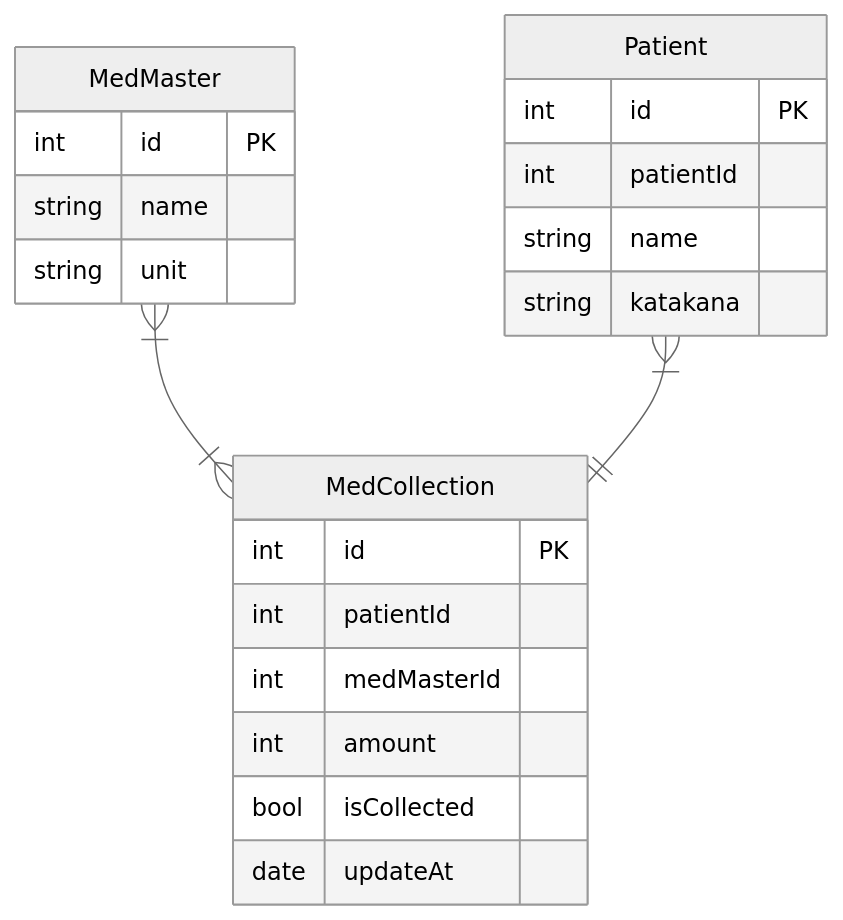
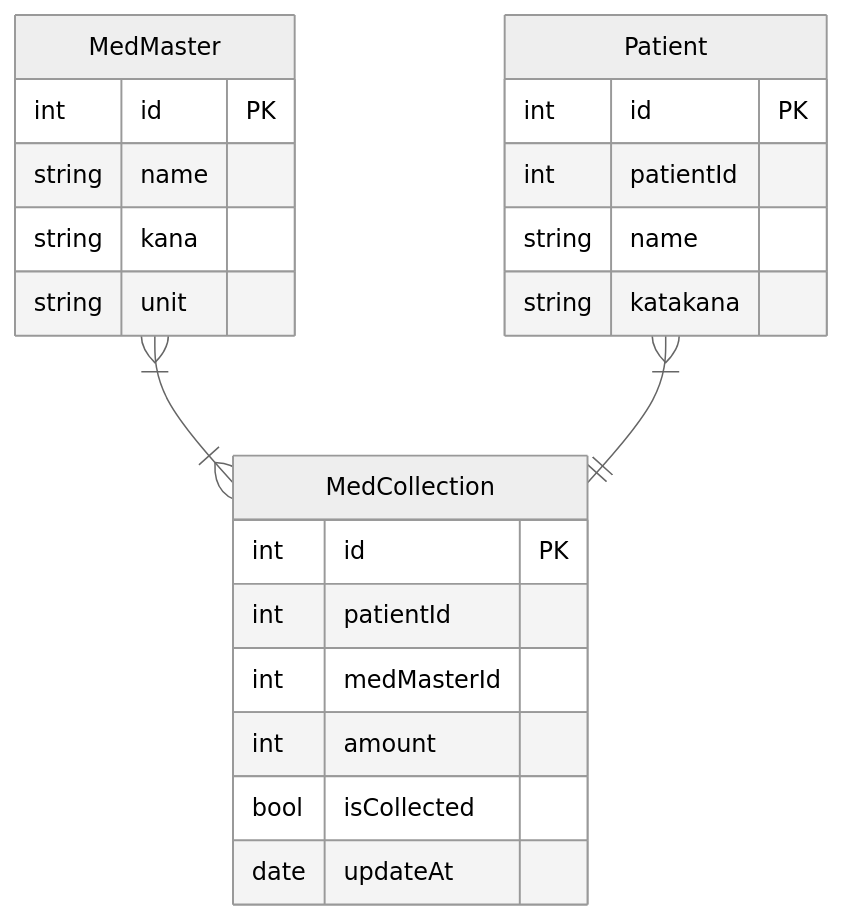
Before and after one commit to obutora/ODP_calc: the fifth of 5 diagrams in readme.md, drawn with Mermaid (neutral theme).

````diff
--- a/readme.md
+++ b/readme.md
@@ -76,29 +76,30 @@
 ```mermaid
 erDiagram
 
 MedMaster }|--|{ MedCollection : ""
 Patient }|--|| MedCollection : ""
 
     Patient {
         int id PK
         int patientId
         string name
         string katakana
     }
 
     MedCollection {
         int id PK
         int patientId
         int medMasterId
         int amount
         bool isCollected
         date updateAt
     }
 
     MedMaster {
         int id PK
         string name
+        string kana
         string unit
     }
 
 ```
````
